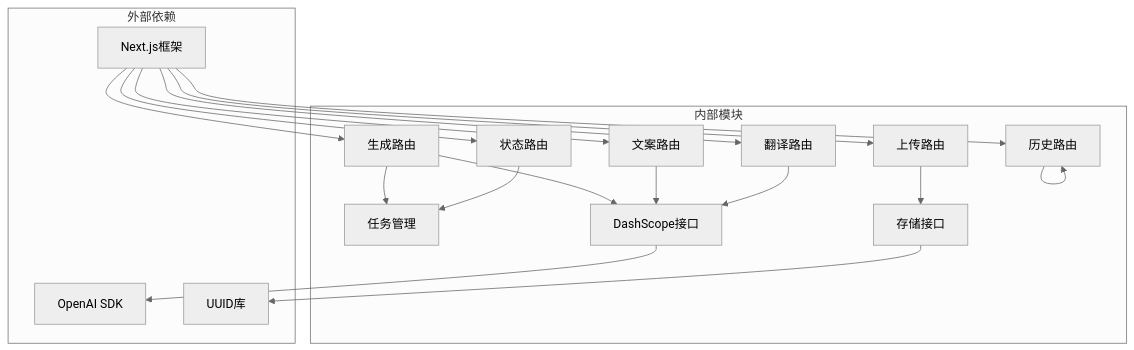
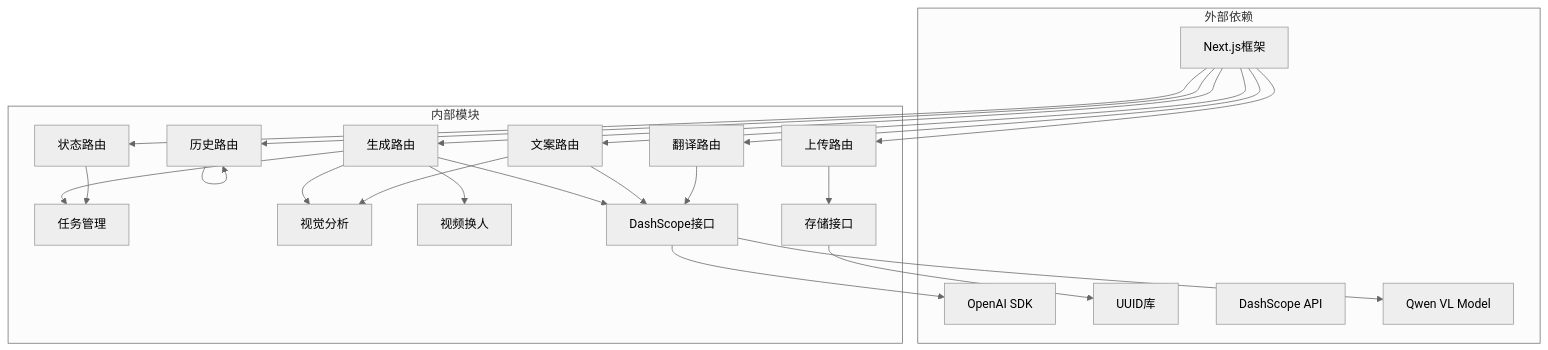
One commit to zuozuoliu740-cmd/xianxiong-news changed the eighth of 9 diagrams in .qoder/repowiki/zh/content/Video Generation Pipeline.md. Above: the diagram before and after it, drawn with Mermaid (neutral theme). The commit also changed other lines of this file and 4 other files, not shown here.

````diff
--- a/.qoder/repowiki/zh/content/Video Generation Pipeline.md
+++ b/.qoder/repowiki/zh/content/Video Generation Pipeline.md
@@ -307,34 +342,42 @@
 ```mermaid
 graph TB
 subgraph "外部依赖"
 NextJS[Next.js框架]
 OpenAI[OpenAI SDK]
 UUID[UUID库]
+DashScope[DashScope API]
+QwenVL[Qwen VL Model]
 end
 subgraph "内部模块"
 UploadRoute[上传路由]
 GenerateRoute[生成路由]
 StatusRoute[状态路由]
 DescRoute[文案路由]
 TranslateRoute[翻译路由]
 HistoryRoute[历史路由]
 VideoTasks[任务管理]
 DashScopeAPI[DashScope接口]
 StorageAPI[存储接口]
+VisualAnalysis[视觉分析]
+CharacterSwap[视频换人]
 end
 NextJS --> UploadRoute
 NextJS --> GenerateRoute
 NextJS --> StatusRoute
 NextJS --> DescRoute
 NextJS --> TranslateRoute
 NextJS --> HistoryRoute
 UploadRoute --> StorageAPI
 GenerateRoute --> DashScopeAPI
 GenerateRoute --> VideoTasks
+GenerateRoute --> CharacterSwap
+GenerateRoute --> VisualAnalysis
 StatusRoute --> VideoTasks
 DescRoute --> DashScopeAPI
+DescRoute --> VisualAnalysis
 TranslateRoute --> DashScopeAPI
 HistoryRoute --> HistoryRoute
 DashScopeAPI --> OpenAI
+DashScopeAPI --> QwenVL
 StorageAPI --> UUID
 ```
````
